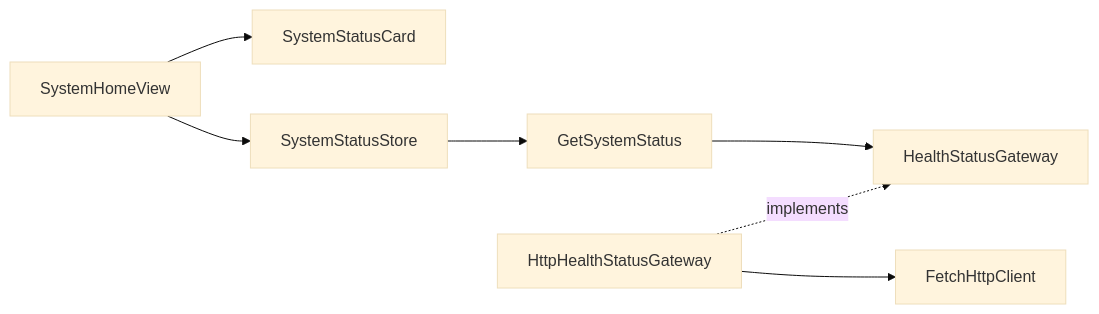
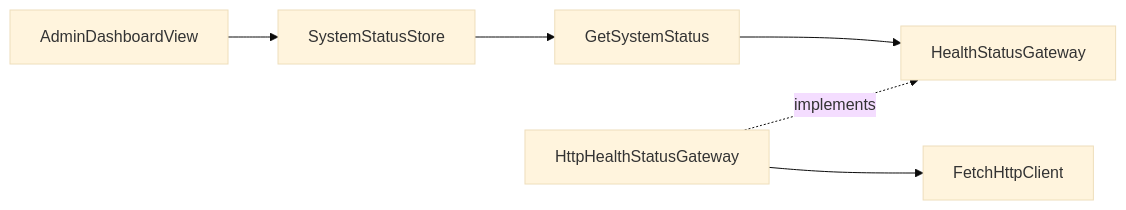
One commit to yiting001/agent changed the diagram in docs/modules/system-web.md. Above: the diagram before and after it, drawn with Mermaid (base theme). The commit also changed other lines of this file and 33 other files, not shown here.

````diff
--- a/docs/modules/system-web.md
+++ b/docs/modules/system-web.md
@@ -9,16 +9,14 @@
 ```mermaid
 flowchart LR
-  View[SystemHomeView]
-  Card[SystemStatusCard]
+  Dashboard[AdminDashboardView]
   Store[SystemStatusStore]
   UseCase[GetSystemStatus]
   Port[HealthStatusGateway]
   Adapter[HttpHealthStatusGateway]
   Client[FetchHttpClient]
-  View --> Card
-  View --> Store
+  Dashboard --> Store
   Store --> UseCase
   UseCase --> Port
   Adapter -. implements .-> Port
   Adapter --> Client
 ```
````
